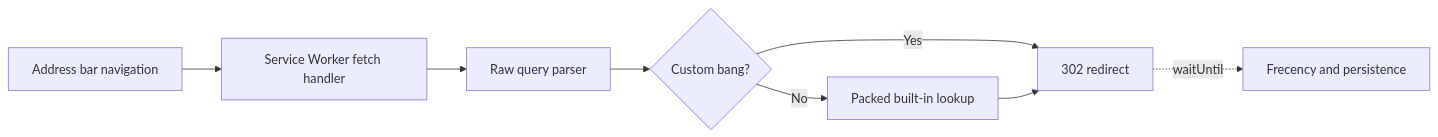
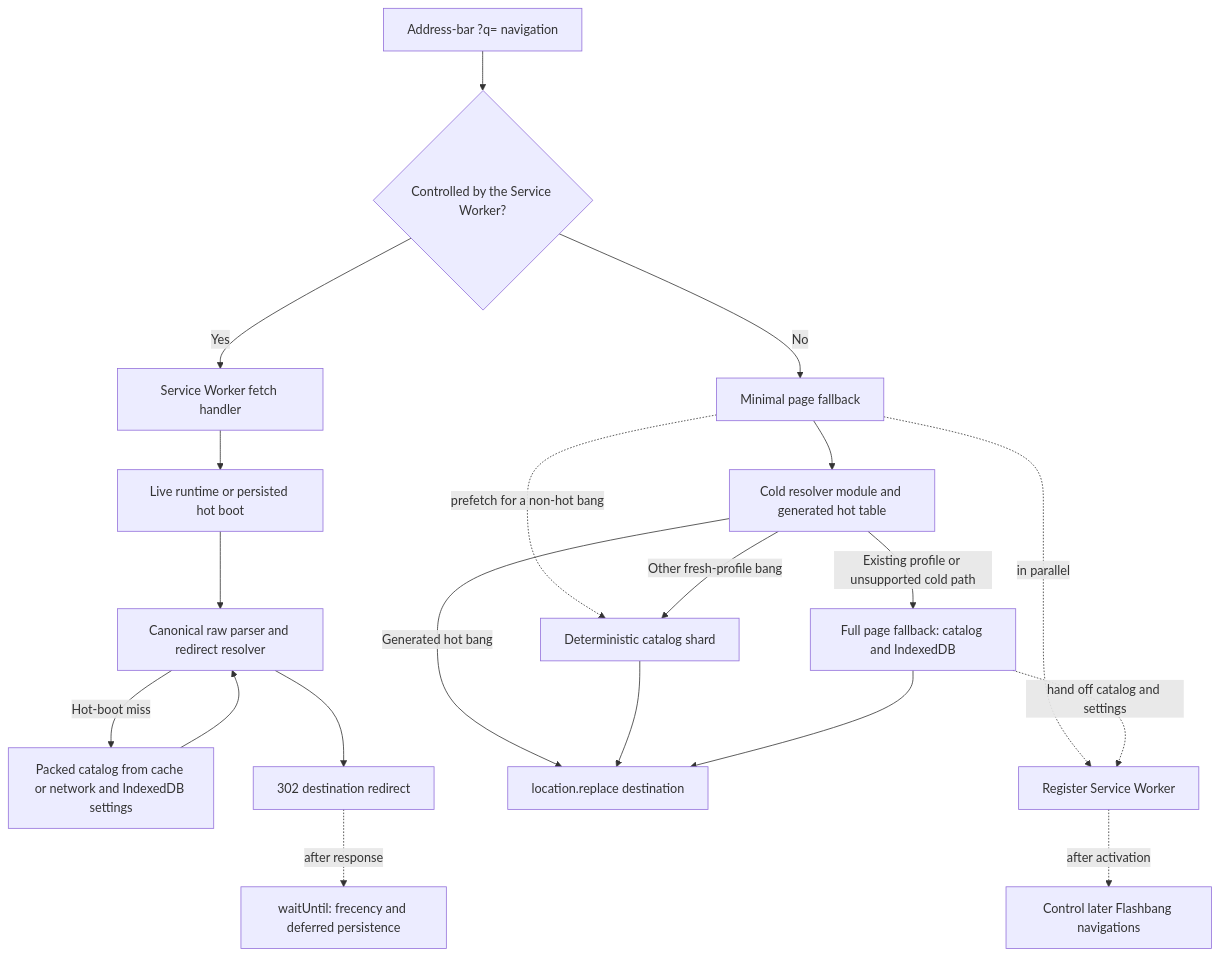
Before and after one commit to ph1losof/flashbang: the diagram in README.md, drawn with Mermaid. The commit also changed other lines of this file, not shown here.

Commit message:
docs(readme): clarify redirect flow and cold-start behavior
Explain the controlled vs uncontrolled navigation paths so readers
understand why first-use redirects do not wait for Service Worker
installation and how later navigations stay on the worker fast path.

Also document the hot-boot fallback more accurately, including cache vs
network behavior and when the full catalog is loaded or handed off.

````diff
--- a/README.md
+++ b/README.md
@@ -263,10 +263,25 @@
 ```mermaid
-flowchart LR
-    address[Address bar navigation] --> worker[Service Worker fetch handler]
-    worker --> parser[Raw query parser]
-    parser --> custom{Custom bang?}
-    custom -->|Yes| redirect[302 redirect]
-    custom -->|No| builtin[Packed built-in lookup]
-    builtin --> redirect
-    redirect -. waitUntil .-> sideEffects[Frecency and persistence]
+flowchart TB
+    address[Address-bar ?q= navigation] --> controlled{Controlled by the Service Worker?}
+
+    controlled -->|Yes| worker[Service Worker fetch handler]
+    worker --> fast[Live runtime or persisted hot boot]
+    fast --> resolver[Canonical raw parser and redirect resolver]
+    resolver -->|Hot-boot miss| storage[Packed catalog from cache or network and IndexedDB settings]
+    storage --> resolver
+    resolver --> response[302 destination redirect]
+    response -. after response .-> sideEffects[waitUntil: frecency and deferred persistence]
+
+    controlled -->|No| page[Minimal page fallback]
+    page --> cold[Cold resolver module and generated hot table]
+    page -. prefetch for a non-hot bang .-> shard[Deterministic catalog shard]
+    cold -->|Generated hot bang| clientRedirect[location.replace destination]
+    cold -->|Other fresh-profile bang| shard
+    shard --> clientRedirect
+    cold -->|Existing profile or unsupported cold path| fullFallback[Full page fallback: catalog and IndexedDB]
+    fullFallback --> clientRedirect
+
+    page -. in parallel .-> registration[Register Service Worker]
+    fullFallback -. hand off catalog and settings .-> registration
+    registration -. after activation .-> later[Control later Flashbang navigations]
 ```
````
